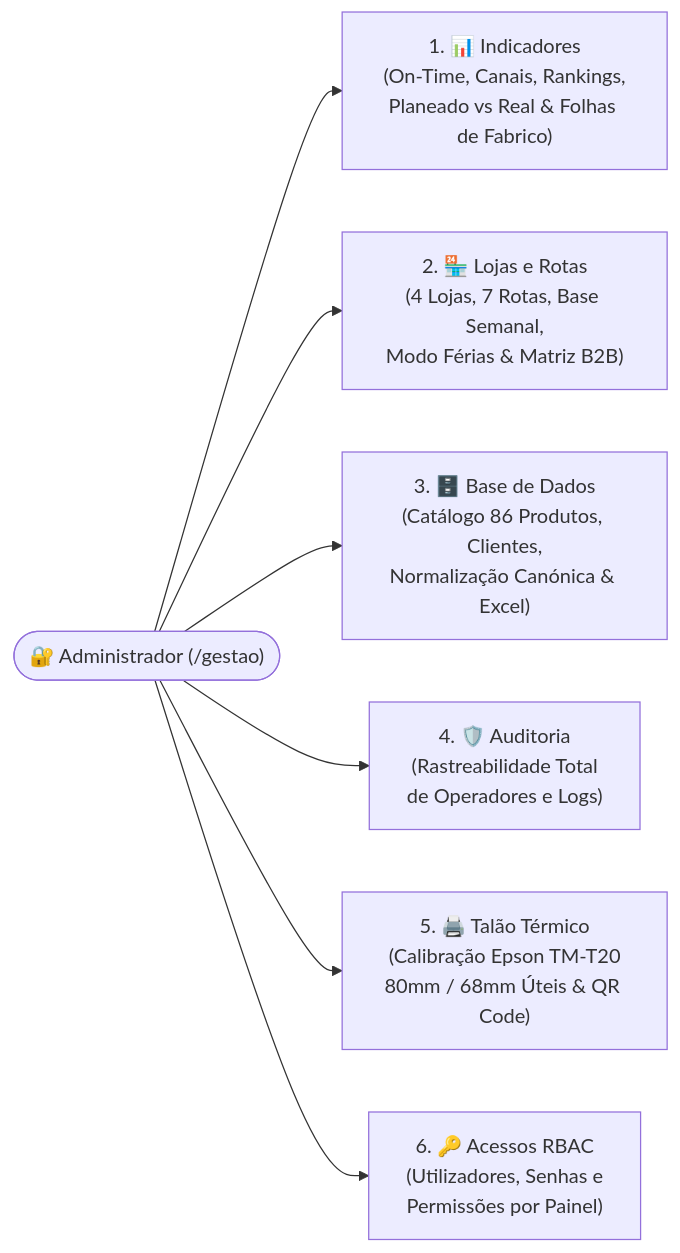
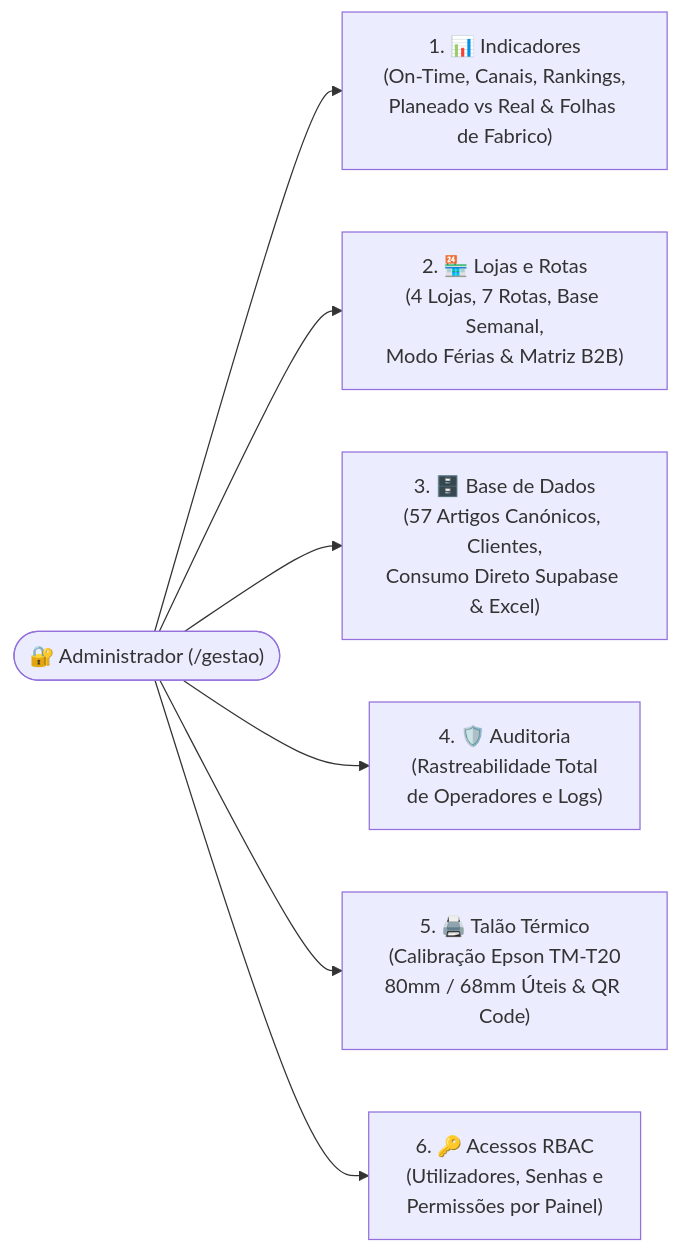
One commit to lfcarreiras/App-Padaria changed the diagram in docs/03_Manual_Administrador_Configuracoes_e_KPIs_Gestao.md. Above: the diagram before and after it, drawn with Mermaid. The commit also changed other lines of this file and 5 other files, not shown here.

````diff
--- a/docs/03_Manual_Administrador_Configuracoes_e_KPIs_Gestao.md
+++ b/docs/03_Manual_Administrador_Configuracoes_e_KPIs_Gestao.md
@@ -28,9 +28,9 @@
 ```mermaid
 flowchart LR
     Admin(["🔐 Administrador (/gestao)"]) --> T1["1. 📊 Indicadores\n(On-Time, Canais, Rankings,\nPlaneado vs Real & Folhas de Fabrico)"]
     Admin --> T2["2. 🏪 Lojas e Rotas\n(4 Lojas, 7 Rotas, Base Semanal,\nModo Férias & Matriz B2B)"]
-    Admin --> T3["3. 🗄️ Base de Dados\n(Catálogo 86 Produtos, Clientes,\nNormalização Canónica & Excel)"]
+    Admin --> T3["3. 🗄️ Base de Dados\n(57 Artigos Canónicos, Clientes,\nConsumo Direto Supabase & Excel)"]
     Admin --> T4["4. 🛡️ Auditoria\n(Rastreabilidade Total\nde Operadores e Logs)"]
     Admin --> T5["5. 🖨️ Talão Térmico\n(Calibração Epson TM-T20\n80mm / 68mm Úteis & QR Code)"]
     Admin --> T6["6. 🔑 Acessos RBAC\n(Utilizadores, Senhas e\nPermissões por Painel)"]
 ```
````
